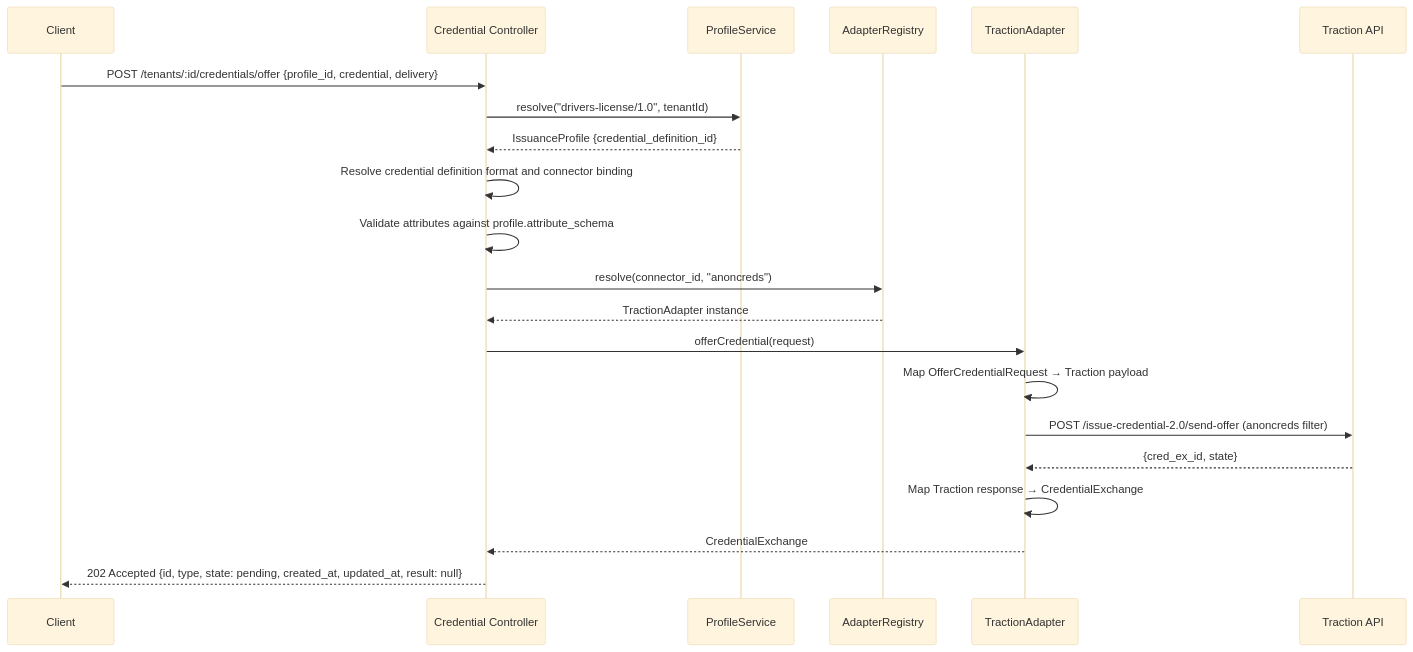
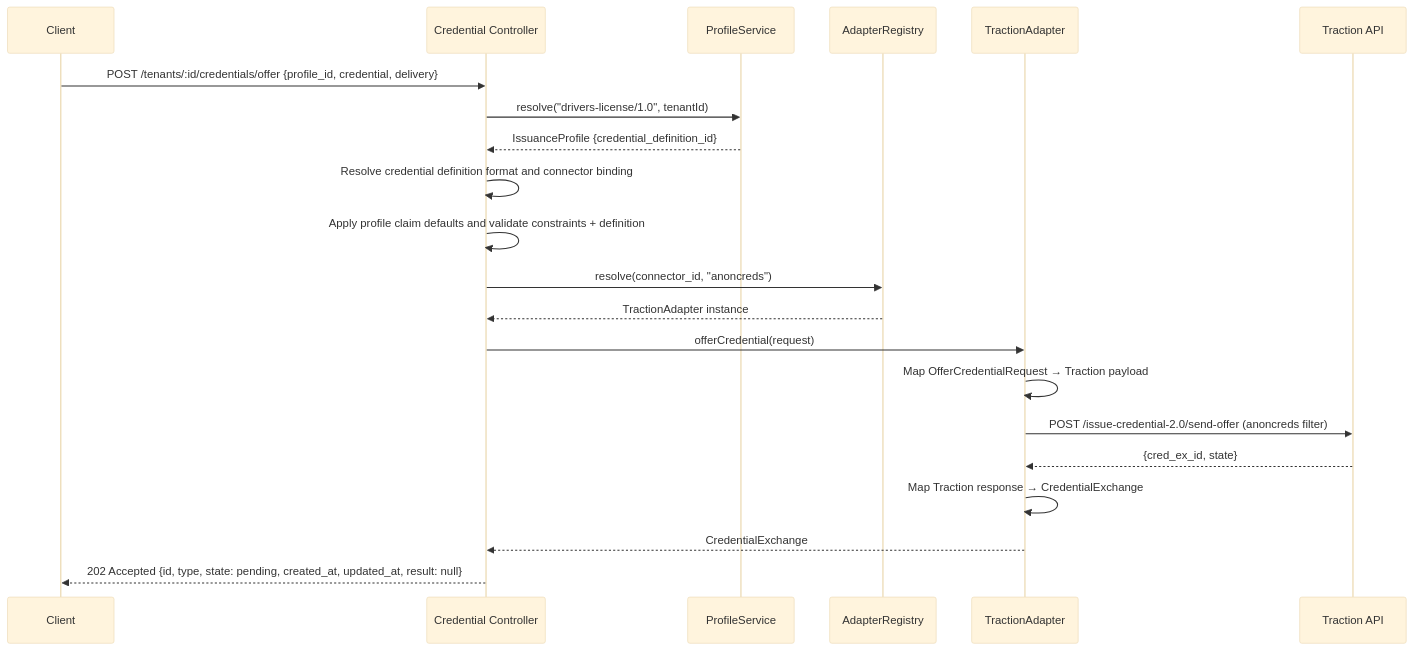
One commit to bcgov/digital-trust-common-service changed the seventh of 22 diagrams in docs/ARCHITECTURE.md. Above: the diagram before and after it, drawn with Mermaid (base theme). The commit also changed other lines of this file and 51 other files, not shown here.

````diff
--- a/docs/ARCHITECTURE.md
+++ b/docs/ARCHITECTURE.md
@@ -522,24 +520,24 @@
 ```mermaid
 sequenceDiagram
     participant Client
     participant Controller as Credential Controller
     participant ProfileSvc as ProfileService
     participant Registry as AdapterRegistry
     participant Adapter as TractionAdapter
     participant Traction as Traction API
 
     Client->>Controller: POST /tenants/:id/credentials/offer {profile_id, credential, delivery}
     Controller->>ProfileSvc: resolve("drivers-license/1.0", tenantId)
     ProfileSvc-->>Controller: IssuanceProfile {credential_definition_id}
     Controller->>Controller: Resolve credential definition format and connector binding
-    Controller->>Controller: Validate attributes against profile.attribute_schema
+    Controller->>Controller: Apply profile claim defaults and validate constraints + definition
     Controller->>Registry: resolve(connector_id, "anoncreds")
     Registry-->>Controller: TractionAdapter instance
     Controller->>Adapter: offerCredential(request)
     Adapter->>Adapter: Map OfferCredentialRequest → Traction payload
     Adapter->>Traction: POST /issue-credential-2.0/send-offer (anoncreds filter)
     Traction-->>Adapter: {cred_ex_id, state}
     Adapter->>Adapter: Map Traction response → CredentialExchange
     Adapter-->>Controller: CredentialExchange
     Controller-->>Client: 202 Accepted {id, type, state: pending, created_at, updated_at, result: null}
 ```
````
